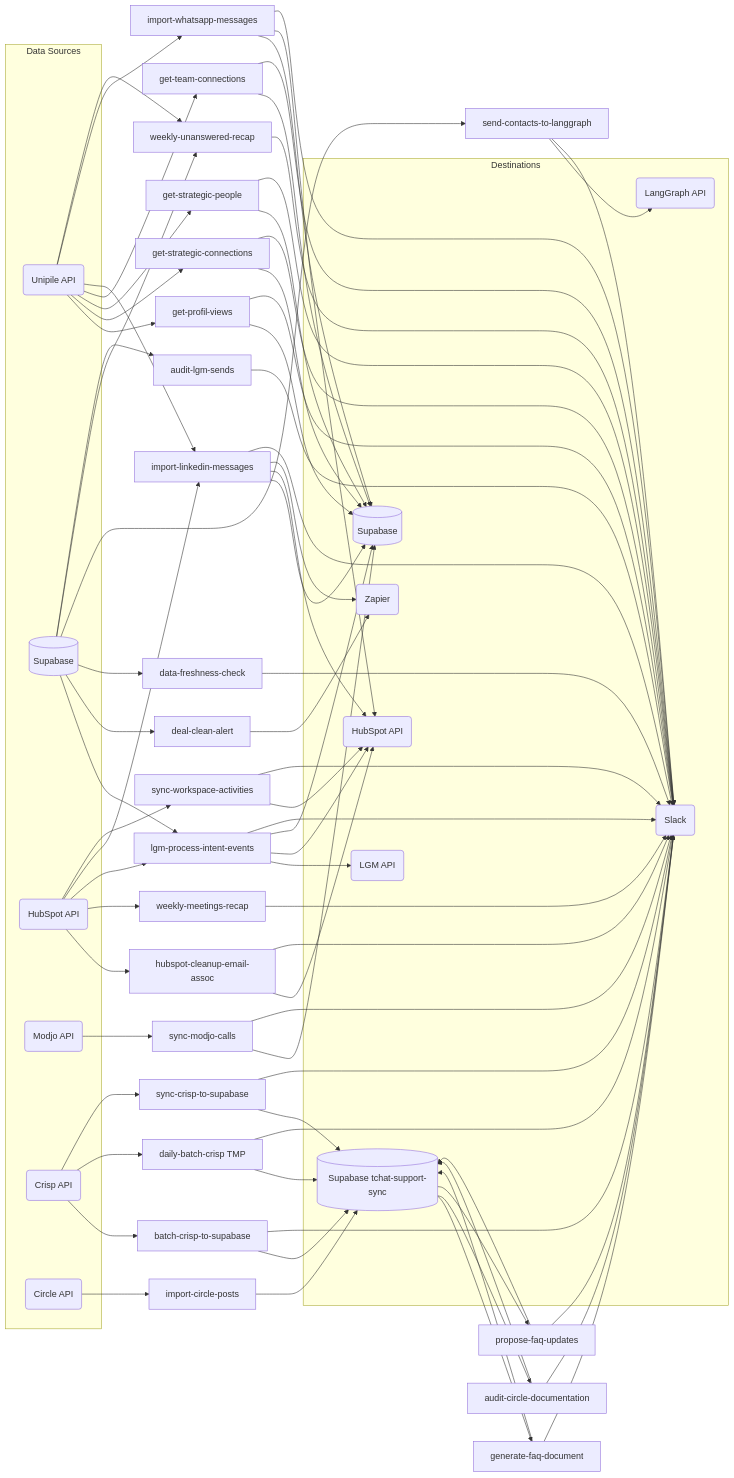
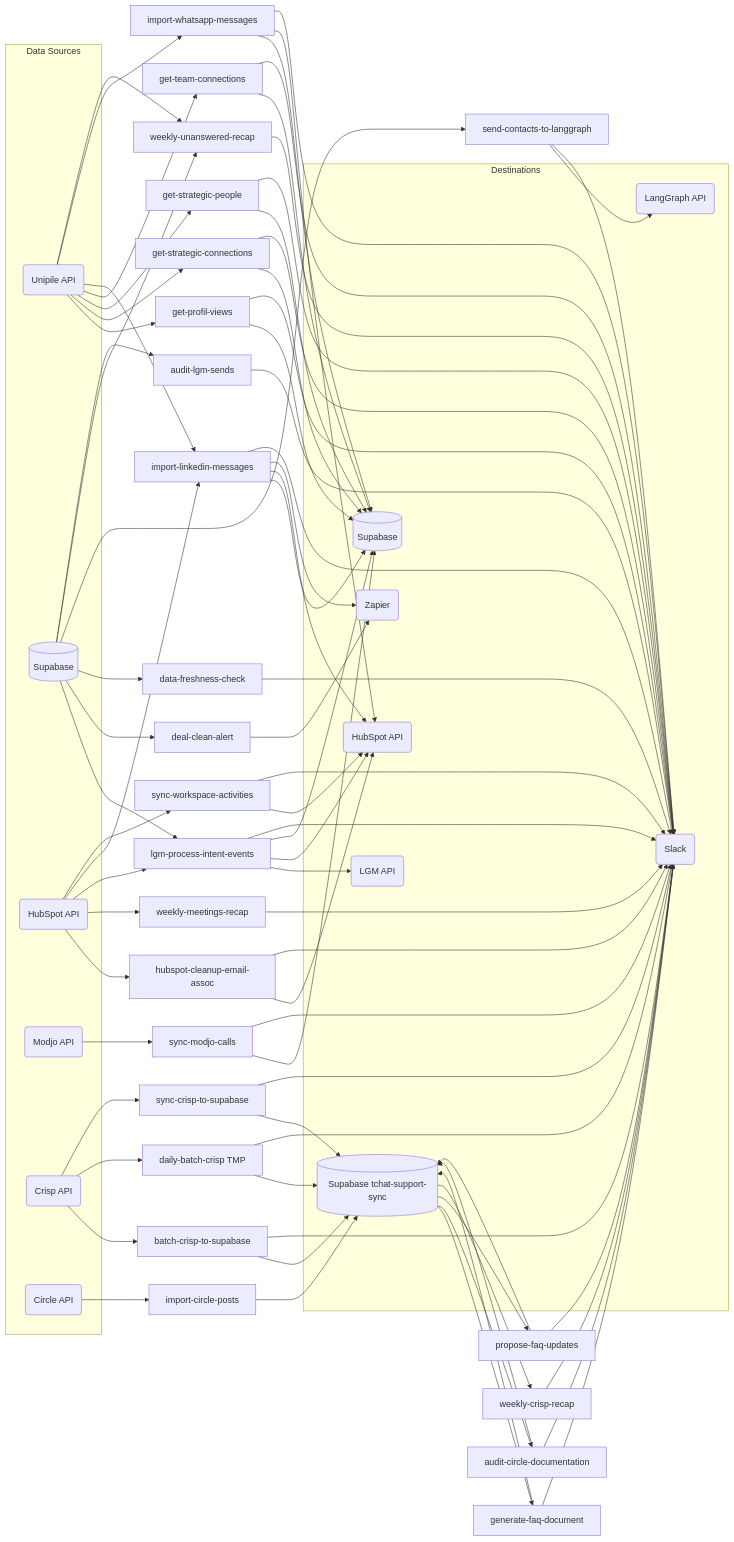
Before and after one commit to AirSaas/linkedin-scrapp: the first of 27 diagrams in CLAUDE.md, drawn with Mermaid. The commit also changed other lines of this file and 1 other file, not shown here.

First line of the commit message:
Add weekly Crisp recap: themes, close suggestions, response time, operator dedup

````diff
--- a/CLAUDE.md
+++ b/CLAUDE.md
@@ -63,58 +64,60 @@
 ```mermaid
 flowchart LR
     subgraph src ["Data Sources"]
         UN(Unipile API)
         SB[(Supabase)]
         HS_I(HubSpot API)
         MJ(Modjo API)
         CR(Crisp API)
         CI(Circle API)
     end
 
     subgraph dst ["Destinations"]
         LGM_O(LGM API)
         HS_O(HubSpot API)
         SB_O[(Supabase)]
         SB_CR[(Supabase tchat-support-sync)]
         SL(Slack)
         ZP(Zapier)
         LG(LangGraph API)
     end
 
     UN --> GPV[get-profil-views] & GSC[get-strategic-connections] & GSP[get-strategic-people] & GTC[get-team-connections] & ILM[import-linkedin-messages] & IWM[import-whatsapp-messages]
     SB --> LPI[lgm-process-intent-events] & DCA[deal-clean-alert] & DFC[data-freshness-check] & SCL[send-contacts-to-langgraph]
     HS_I --> HCE[hubspot-cleanup-email-assoc] & WMR[weekly-meetings-recap] & LPI & ILM & SWA[sync-workspace-activities]
     MJ --> SMC[sync-modjo-calls]
     CR --> BCS[batch-crisp-to-supabase] & DBCS[daily-batch-crisp TMP] & SCS[sync-crisp-to-supabase]
     SB --> WUR[weekly-unanswered-recap]
     UN --> WUR
 
     GPV --> SB_O & SL
     GSC --> SB_O & SL
     GSP --> SB_O & SL
     GTC --> SB_O & SL
     LPI --> LGM_O & HS_O & SB_O & SL
     SB --> ALS[audit-lgm-sends]
     ALS --> SL
     HCE --> HS_O & SL
     SWA --> HS_O & SL
     ILM --> SB_O & HS_O & ZP & SL
     IWM --> SB_O & HS_O & SL
     WMR --> SL
     DCA --> ZP
     DFC --> SL
     SMC --> SB_O & SL
     SCL --> LG & SL
     BCS --> SB_CR & SL
     DBCS --> SB_CR & SL
     SCS --> SB_CR & SL
     CI --> ICP[import-circle-posts]
     ICP --> SB_CR
     SB_CR --> GFD[generate-faq-document]
     GFD --> SB_CR & SL
     SB_CR --> ACD[audit-circle-documentation]
     ACD --> SB_CR & SL
     SB_CR --> PFU[propose-faq-updates]
     PFU --> SB_CR & SL
+    SB_CR --> WCR[weekly-crisp-recap]
+    WCR --> SL
     WUR --> SL
 ```
````
